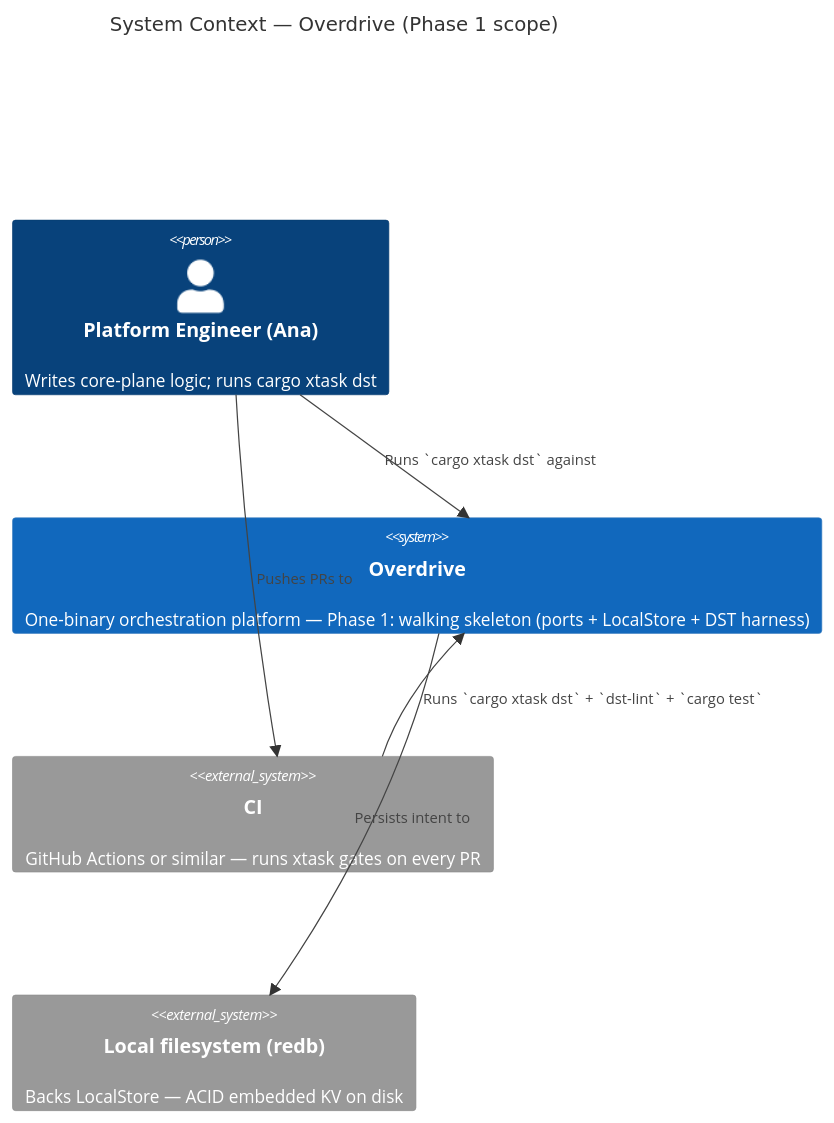
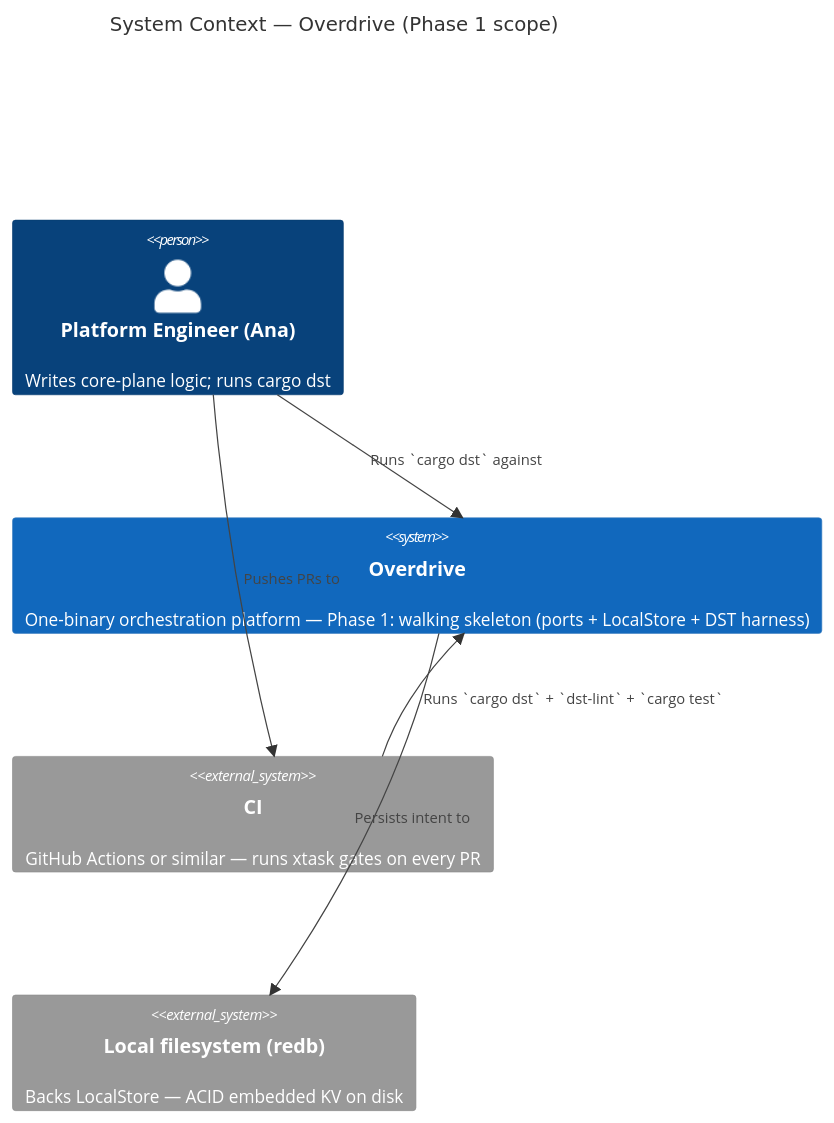
The first of 6 diagrams in docs/product/architecture/brief.md (overdrive-sh/overdrive), drawn with Mermaid before and after one commit. The commit also changed other lines of this file and 168 other files, not shown here.

````diff
--- a/docs/product/architecture/brief.md
+++ b/docs/product/architecture/brief.md
@@ -1078,14 +1078,14 @@
 ```mermaid
 C4Context
   title System Context — Overdrive (Phase 1 scope)
 
-  Person(engineer, "Platform Engineer (Ana)", "Writes core-plane logic; runs cargo xtask dst")
+  Person(engineer, "Platform Engineer (Ana)", "Writes core-plane logic; runs cargo dst")
   System(overdrive, "Overdrive", "One-binary orchestration platform — Phase 1: walking skeleton (ports + LocalStore + DST harness)")
   System_Ext(ci, "CI", "GitHub Actions or similar — runs xtask gates on every PR")
   System_Ext(fs, "Local filesystem (redb)", "Backs LocalStore — ACID embedded KV on disk")
 
-  Rel(engineer, overdrive, "Runs `cargo xtask dst` against")
+  Rel(engineer, overdrive, "Runs `cargo dst` against")
   Rel(engineer, ci, "Pushes PRs to")
-  Rel(ci, overdrive, "Runs `cargo xtask dst` + `dst-lint` + `cargo test`")
+  Rel(ci, overdrive, "Runs `cargo dst` + `dst-lint` + `cargo test`")
   Rel(overdrive, fs, "Persists intent to")
 ```
````
